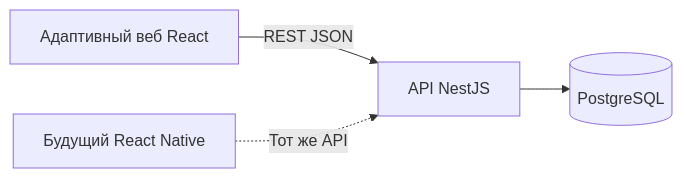
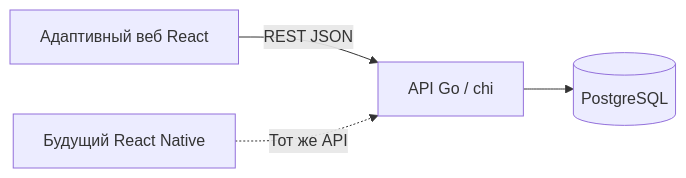
One commit to LeonovProject/ryadom changed the diagram in docs/architecture/README.md. Above: the diagram before and after it, drawn with Mermaid. The commit also changed other lines of this file and 60 other files, not shown here.

````diff
--- a/docs/architecture/README.md
+++ b/docs/architecture/README.md
@@ -51,6 +69,6 @@
 ```mermaid
 flowchart LR
-    Web[Адаптивный веб React] -->|REST JSON| API[API NestJS]
+    Web[Адаптивный веб React] -->|REST JSON| API[API Go / chi]
     Mobile[Будущий React Native] -.->|Тот же API| API
     API --> DB[(PostgreSQL)]
 ```
````
